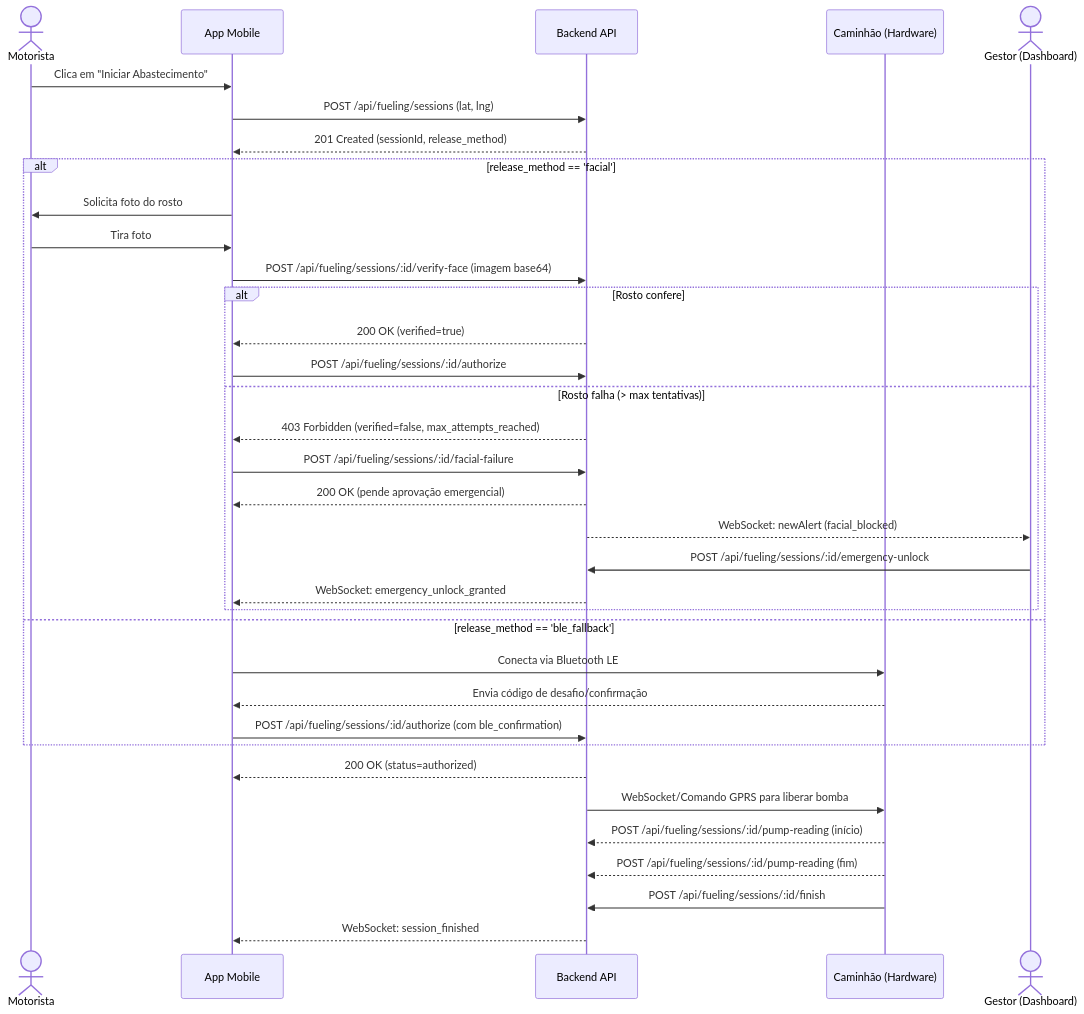
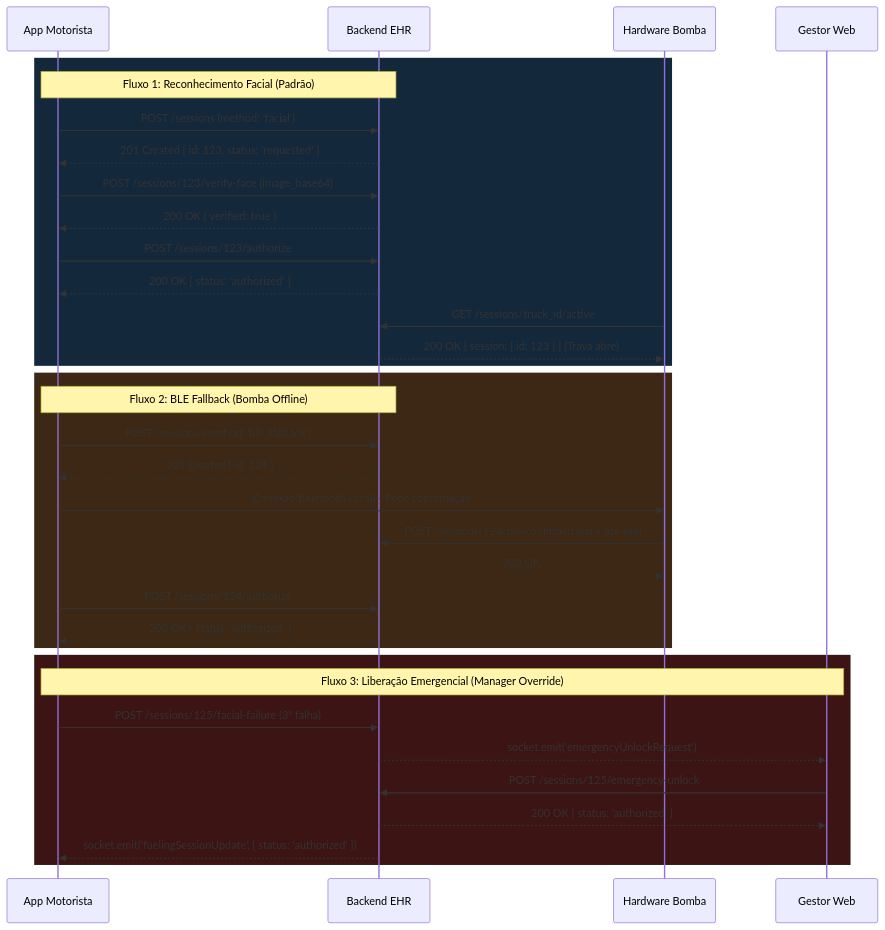
Before and after one commit to gustavinzx/EHRSolution---WEB: the diagram in docs/API_MOBILE.md, drawn with Mermaid. The commit also changed other lines of this file and 72 other files, not shown here.

````diff
--- a/docs/API_MOBILE.md
+++ b/docs/API_MOBILE.md
@@ -9,40 +31,42 @@
 ```mermaid
 sequenceDiagram
-    actor M as Motorista
-    participant App as App Mobile
-    participant API as Backend API
-    participant Cam as Caminhão (Hardware)
-    actor G as Gestor (Dashboard)
+    participant App as App Motorista
+    participant API as Backend EHR
+    participant HW as Hardware Bomba
+    participant Painel as Gestor Web
 
-    M->>App: Clica em "Iniciar Abastecimento"
-    App->>API: POST /api/fueling/sessions (lat, lng)
-    API-->>App: 201 Created (sessionId, release_method)
-
-    alt release_method == 'facial'
-        App->>M: Solicita foto do rosto
-        M->>App: Tira foto
-        App->>API: POST /api/fueling/sessions/:id/verify-face (imagem base64)
-        alt Rosto confere
-            API-->>App: 200 OK (verified=true)
-            App->>API: POST /api/fueling/sessions/:id/authorize
-        else Rosto falha (> max tentativas)
-            API-->>App: 403 Forbidden (verified=false, max_attempts_reached)
-            App->>API: POST /api/fueling/sessions/:id/facial-failure
-            API-->>App: 200 OK (pende aprovação emergencial)
-            API-->>G: WebSocket: newAlert (facial_blocked)
-            G->>API: POST /api/fueling/sessions/:id/emergency-unlock
-            API-->>App: WebSocket: emergency_unlock_granted
-        end
-    else release_method == 'ble_fallback'
-        App->>Cam: Conecta via Bluetooth LE
-        Cam-->>App: Envia código de desafio/confirmação
-        App->>API: POST /api/fueling/sessions/:id/authorize (com ble_confirmation)
+    %% Fluxo Biometria Facial
+    rect rgb(20, 40, 60)
+    Note over App, API: Fluxo 1: Reconhecimento Facial (Padrão)
+    App->>API: POST /sessions (method: 'facial')
+    API-->>App: 201 Created { id: 123, status: 'requested' }
+    App->>API: POST /sessions/123/verify-face (image_base64)
+    API-->>App: 200 OK { verified: true }
+    App->>API: POST /sessions/123/authorize
+    API-->>App: 200 OK { status: 'authorized' }
+    HW->>API: GET /sessions/truck_id/active
+    API-->>HW: 200 OK { session: { id: 123 } } (Trava abre)
     end
 
-    API-->>App: 200 OK (status=authorized)
-    API->>Cam: WebSocket/Comando GPRS para liberar bomba
-    Cam-->>API: POST /api/fueling/sessions/:id/pump-reading (início)
-    Cam-->>API: POST /api/fueling/sessions/:id/pump-reading (fim)
-    Cam->>API: POST /api/fueling/sessions/:id/finish
-    API-->>App: WebSocket: session_finished
+    %% Fluxo BLE Fallback
+    rect rgb(60, 40, 20)
+    Note over App, API: Fluxo 2: BLE Fallback (Bomba Offline)
+    App->>API: POST /sessions (method: 'ble_fallback')
+    API-->>App: 201 Created { id: 124 }
+    App->>HW: (Conexão Bluetooth Local) - Pede confirmação
+    HW->>API: POST /sessions/124/ble-confirmed (via x-api-key)
+    API-->>HW: 200 OK
+    App->>API: POST /sessions/124/authorize
+    API-->>App: 200 OK { status: 'authorized' }
+    end
+
+    %% Fluxo Override do Gestor
+    rect rgb(60, 20, 20)
+    Note over App, Painel: Fluxo 3: Liberação Emergencial (Manager Override)
+    App->>API: POST /sessions/125/facial-failure (3ª falha)
+    API-->>Painel: socket.emit('emergencyUnlockRequest')
+    Painel->>API: POST /sessions/125/emergency-unlock
+    API-->>Painel: 200 OK { status: 'authorized' }
+    API-->>App: socket.emit('fuelingSessionUpdate', { status: 'authorized' })
+    end
 ```
````
